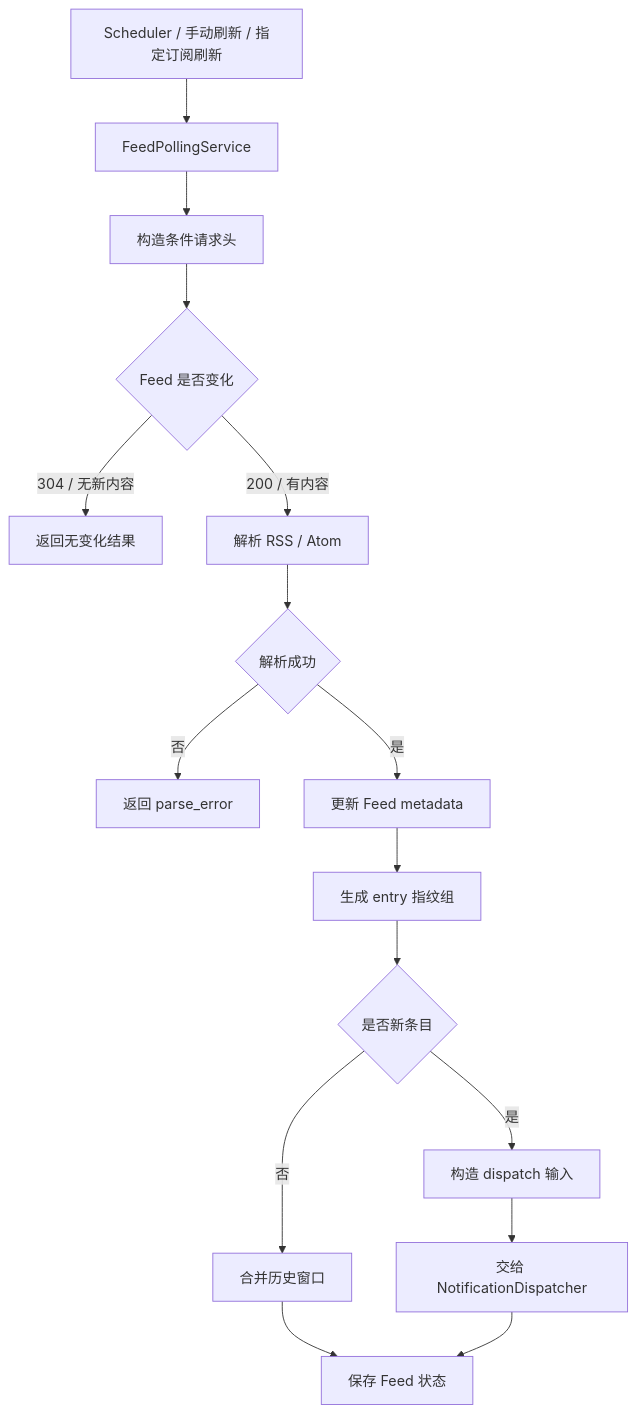
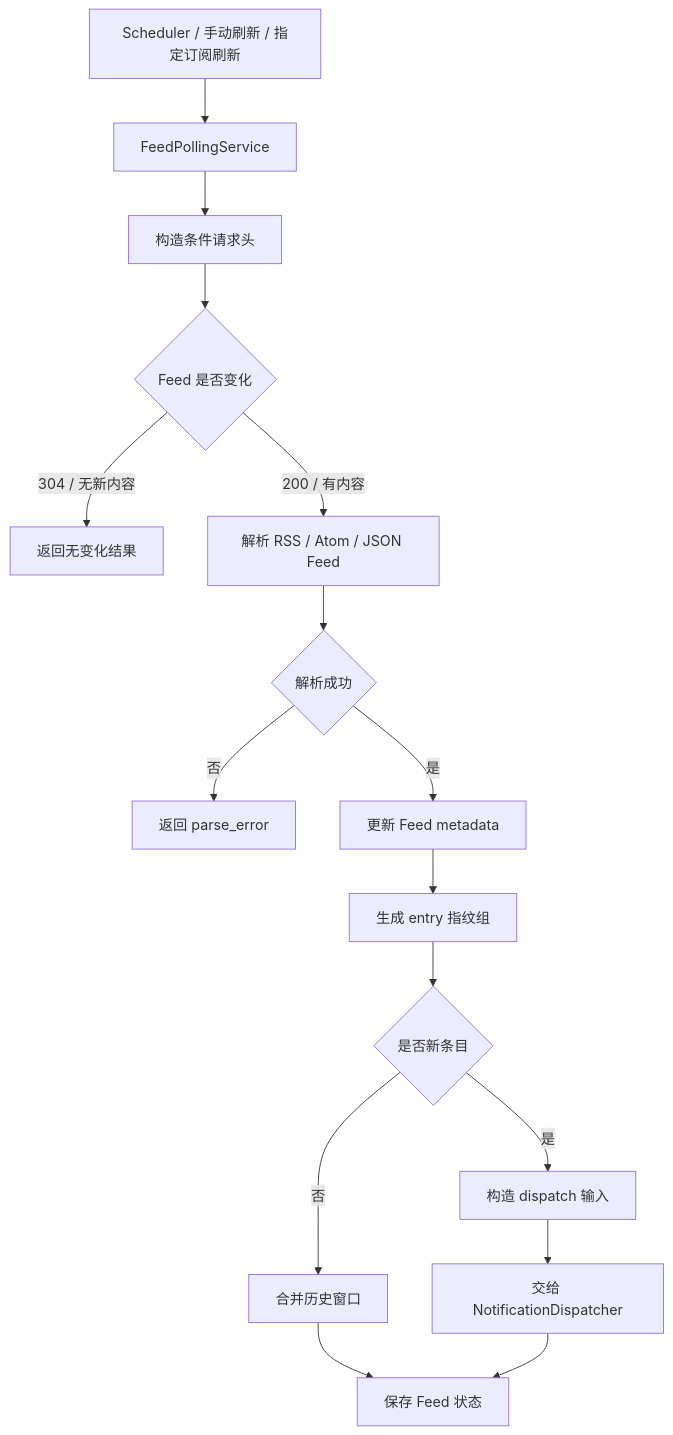
One commit to FlanChanXwO/astrbot_plugin_rsshub changed the diagram in docs/project/polling.md. Above: the diagram before and after it, drawn with Mermaid. The commit also changed other lines of this file and 9 other files, not shown here.

Commit message:
feat(feed): support standard JSON Feed

````diff
--- a/docs/project/polling.md
+++ b/docs/project/polling.md
@@ -21,18 +21,18 @@
 ```mermaid
 flowchart TD
   A["Scheduler / 手动刷新 / 指定订阅刷新"] --> B["FeedPollingService"]
   B --> C["构造条件请求头"]
   C --> D{"Feed 是否变化"}
   D -->|"304 / 无新内容"| E["返回无变化结果"]
-  D -->|"200 / 有内容"| F["解析 RSS / Atom"]
+  D -->|"200 / 有内容"| F["解析 RSS / Atom / JSON Feed"]
   F --> G{"解析成功"}
   G -->|"否"| H["返回 parse_error"]
   G -->|"是"| I["更新 Feed metadata"]
   I --> J["生成 entry 指纹组"]
   J --> K{"是否新条目"}
   K -->|"否"| L["合并历史窗口"]
   K -->|"是"| M["构造 dispatch 输入"]
   M --> N["交给 NotificationDispatcher"]
   L --> O["保存 Feed 状态"]
   N --> O
 ```
````
